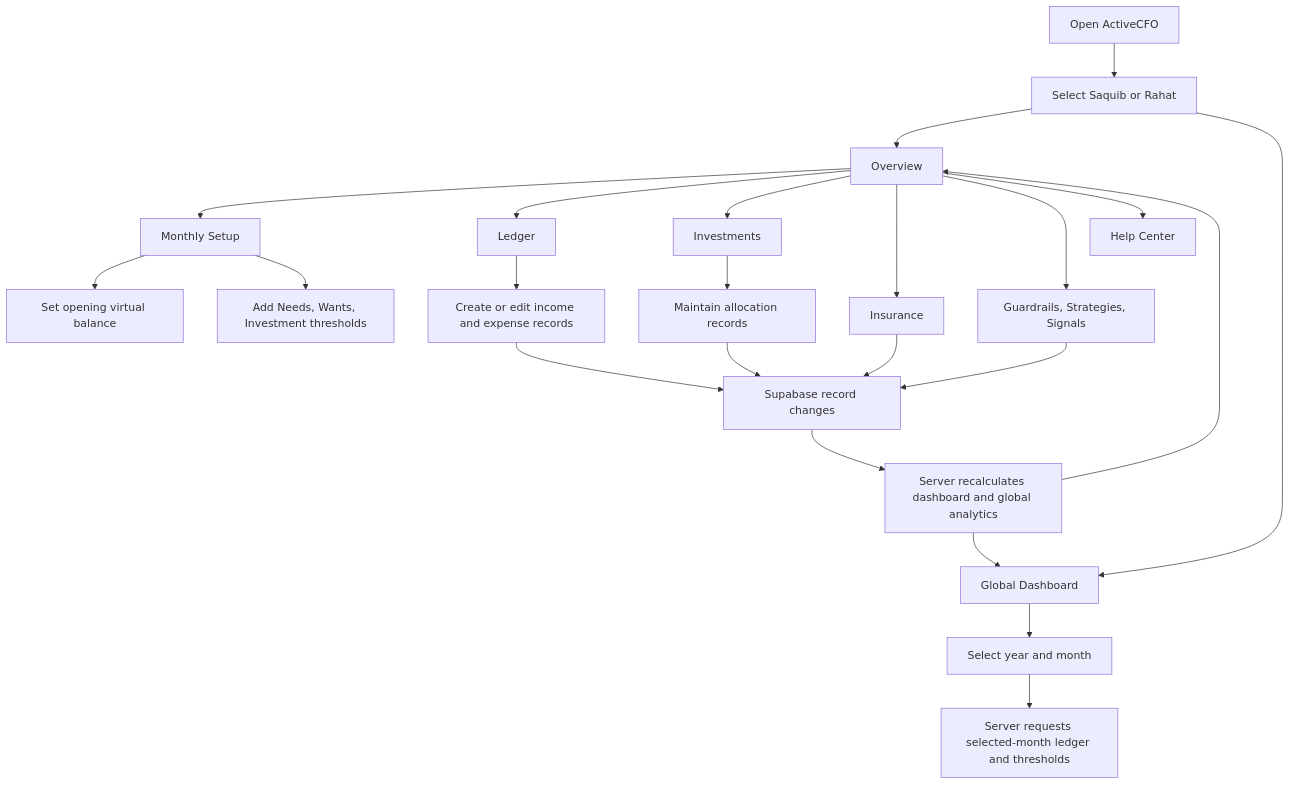
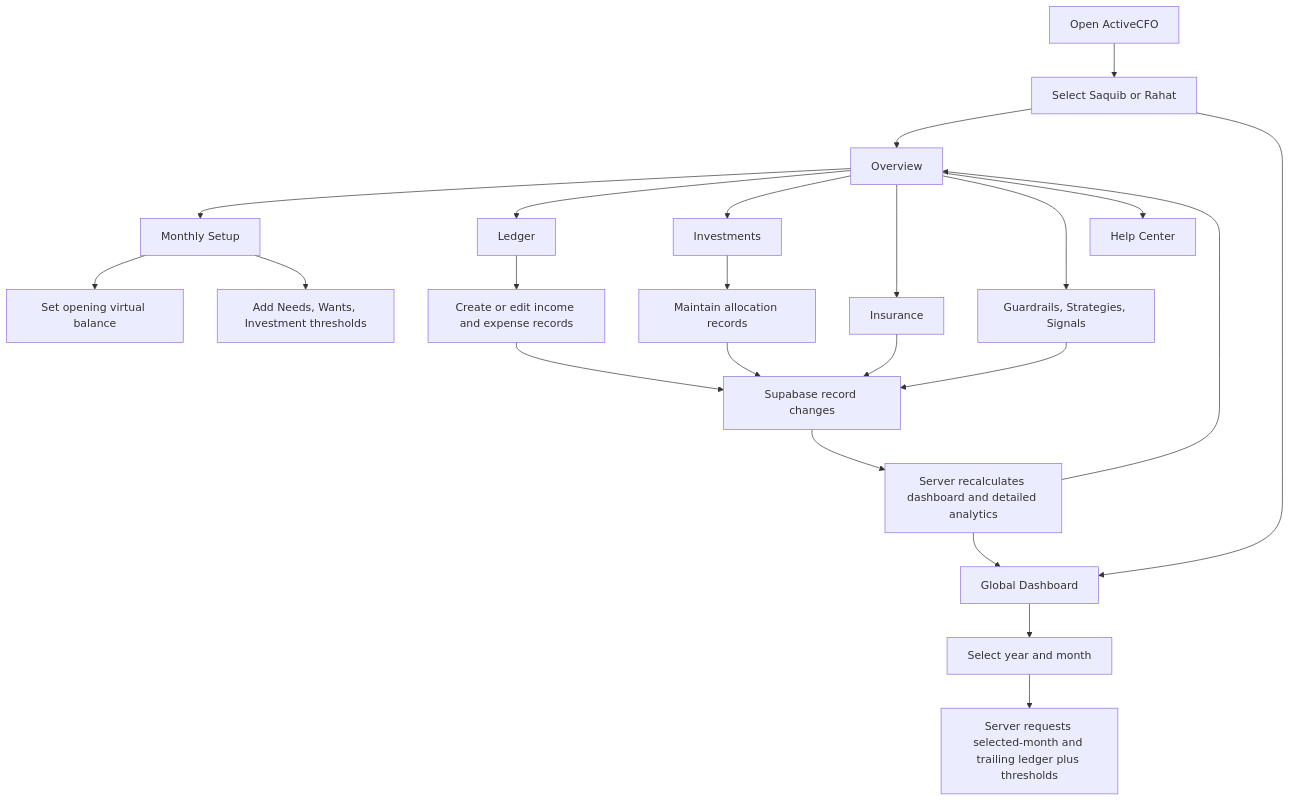
Before and after one commit to saquib5005/ActiveCFO-Monthly-Expense-Tracker: the diagram in FLOW.md, drawn with Mermaid. The commit also changed other lines of this file and 15 other files, not shown here.

Commit message:
Checkpoint: Detailed Global Dashboard with truthful record-driven KPIs, budget and savings comparisons, cash-flow bridge, allocation and variance visuals, 12-month trend, daily accumulation, calendar heatmap, hierarchy views, CSV/PDF exports, tests, and updated canonical documentation.

````diff
--- a/FLOW.md
+++ b/FLOW.md
@@ -9,25 +9,25 @@
 ```mermaid
 flowchart TD
   A[Open ActiveCFO] --> B[Select Saquib or Rahat]
   B --> C[Overview]
   B --> GD[Global Dashboard]
   C --> D[Monthly Setup]
   D --> E[Set opening virtual balance]
   D --> F[Add Needs, Wants, Investment thresholds]
   C --> G[Ledger]
   G --> H[Create or edit income and expense records]
   C --> I[Investments]
   I --> J[Maintain allocation records]
   C --> K[Insurance]
   C --> L[Guardrails, Strategies, Signals]
   C --> M[Help Center]
   GD --> S[Select year and month]
-  S --> T[Server requests selected-month ledger and thresholds]
+  S --> T[Server requests selected-month and trailing ledger plus thresholds]
   H --> N[Supabase record changes]
   J --> N
   K --> N
   L --> N
-  N --> O[Server recalculates dashboard and global analytics]
+  N --> O[Server recalculates dashboard and detailed analytics]
   O --> C
   O --> GD
 ```
````
